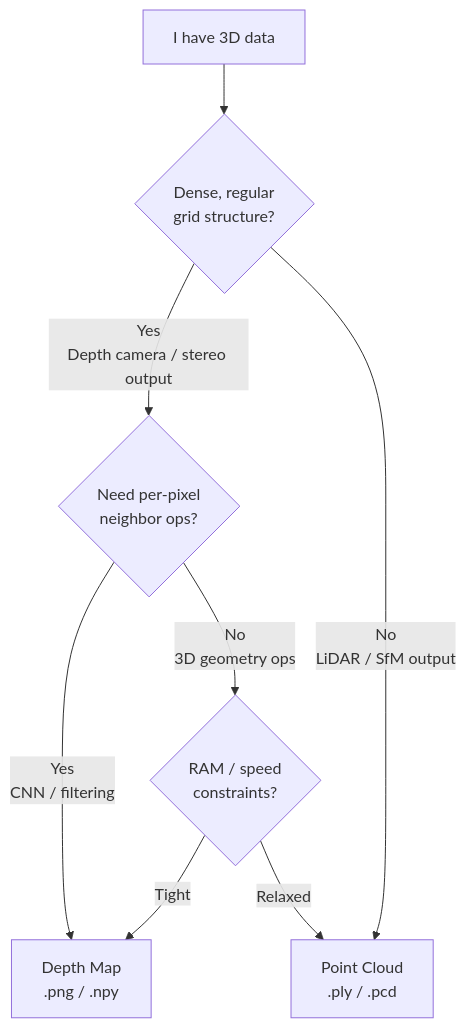
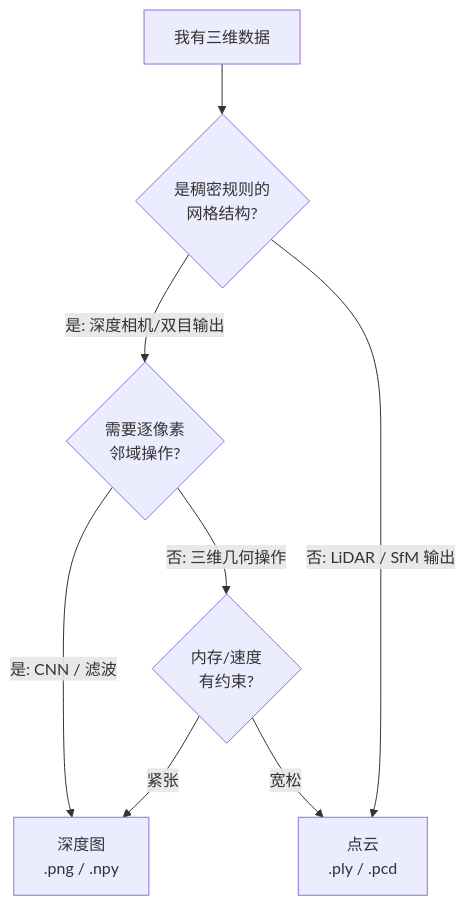
Before and after one commit to dull-bird/book_3d_cv: the second of 2 diagrams in src/00_basics/04_depth_repr.md, drawn with Mermaid. The commit also changed other lines of this file and 4 other files, not shown here.

First line of the commit message:
feat: 全部mermaid转为TD方向并使用中文(四象限图除外)

````diff
--- a/src/00_basics/04_depth_repr.md
+++ b/src/00_basics/04_depth_repr.md
@@ -318,10 +318,10 @@
 ```mermaid
 flowchart TD
-    A["I have 3D data"] --> B{"Dense, regular<br/>grid structure?"}
-    B -->|"Yes<br/>Depth camera / stereo output"| C{"Need per-pixel<br/>neighbor ops?"}
-    C -->|"Yes<br/>CNN / filtering"| D["Depth Map<br/>.png / .npy"]
-    C -->|"No<br/>3D geometry ops"| E{"RAM / speed<br/>constraints?"}
-    B -->|"No<br/>LiDAR / SfM output"| F["Point Cloud<br/>.ply / .pcd"]
-    E -->|"Tight"| D
-    E -->|"Relaxed"| F
+    A["我有三维数据"] --> B{"是稠密规则的<br/>网格结构?"}
+    B -->|"是: 深度相机/双目输出"| C{"需要逐像素<br/>邻域操作?"}
+    C -->|"是: CNN / 滤波"| D["深度图<br/>.png / .npy"]
+    C -->|"否: 三维几何操作"| E{"内存/速度<br/>有约束?"}
+    B -->|"否: LiDAR / SfM 输出"| F["点云<br/>.ply / .pcd"]
+    E -->|"紧张"| D
+    E -->|"宽松"| F
 ```
````
